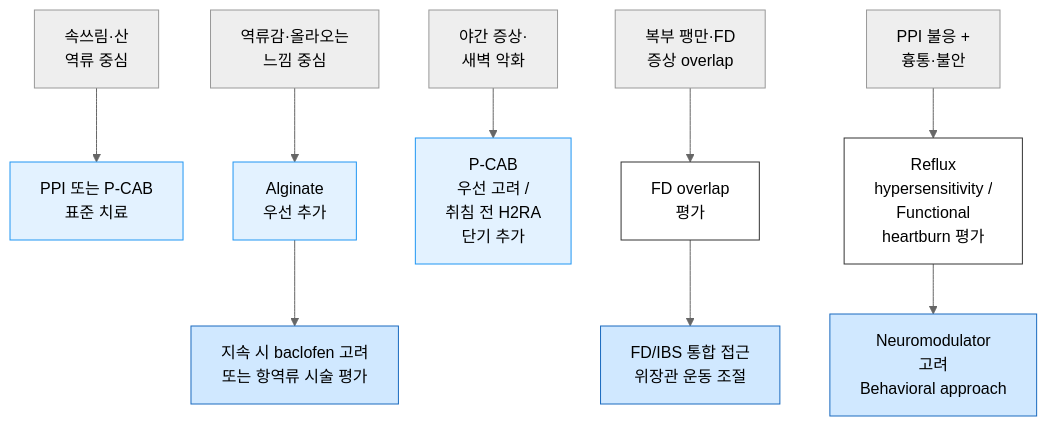
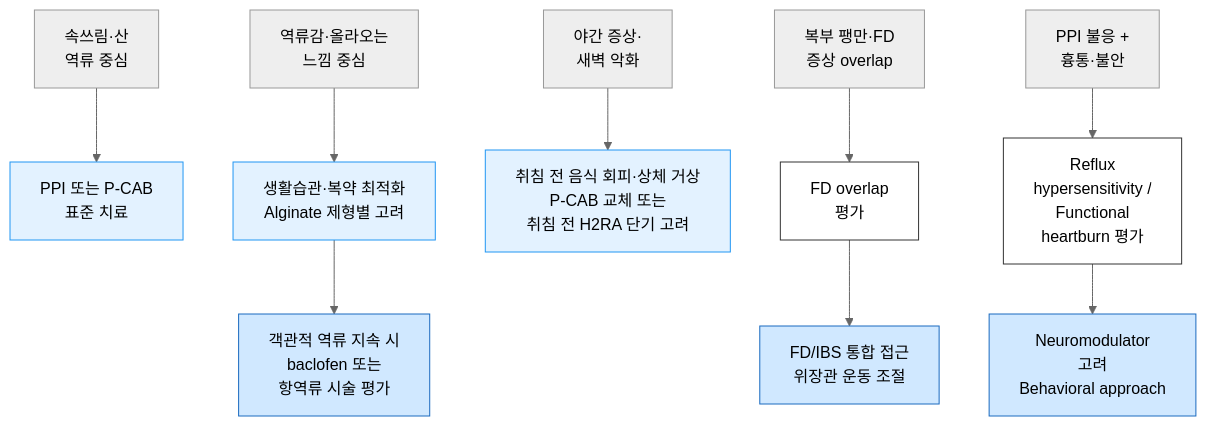
The third of 5 diagrams in 224_/081_-gerd.md (familyoh77/familyoh77), drawn with Mermaid (neutral theme) before and after one commit. The commit also changed other lines of this file and 15 other files, not shown here.

````diff
--- a/224_/081_-gerd.md
+++ b/224_/081_-gerd.md
@@ -270,25 +277,25 @@
 ```mermaid
 graph TD
 
     B["속쓰림·산 <br/>역류 중심"]
     C["역류감·올라오는<br/> 느낌 중심"]
     D["야간 증상·<br/>새벽 악화"]
     E["복부 팽만·FD <br/>증상 overlap"]
     F["PPI 불응 + <br/>흉통·불안"]
     B --> G["PPI 또는 P-CAB<br/>표준 치료"]
-    C --> H["Alginate <br/>우선 추가"]
-    H --> I["지속 시 baclofen 고려<br/>또는 항역류 시술 평가"]
-    D --> J["P-CAB <br/>우선 고려 /<br/>취침 전 H2RA <br/>단기 추가"]
+    C --> H["생활습관·복약 최적화<br/>Alginate 제형별 고려"]
+    H --> I["객관적 역류 지속 시<br/>baclofen 또는<br/>항역류 시술 평가"]
+    D --> J["취침 전 음식 회피·상체 거상<br/>P-CAB 교체 또는<br/>취침 전 H2RA 단기 고려"]
     E --> L["FD overlap <br/>평가"]
     L --> M["FD/IBS 통합 접근<br/>위장관 운동 조절"]
     F --> N["Reflux <br/>hypersensitivity /<br/>Functional <br/>heartburn 평가"]
     N --> O["Neuromodulator <br/>고려<br/>Behavioral approach"]
 
 
 classDef sky fill:#e3f2ff,stroke:#2196f3
-class G,H,J,K sky
+class G,H,J sky
 classDef blue fill:#d0e8ff,stroke:#1a6abf
 class M,I,O blue
 classDef white fill:#fff,stroke:#333
 class L,N white
 ```
````
